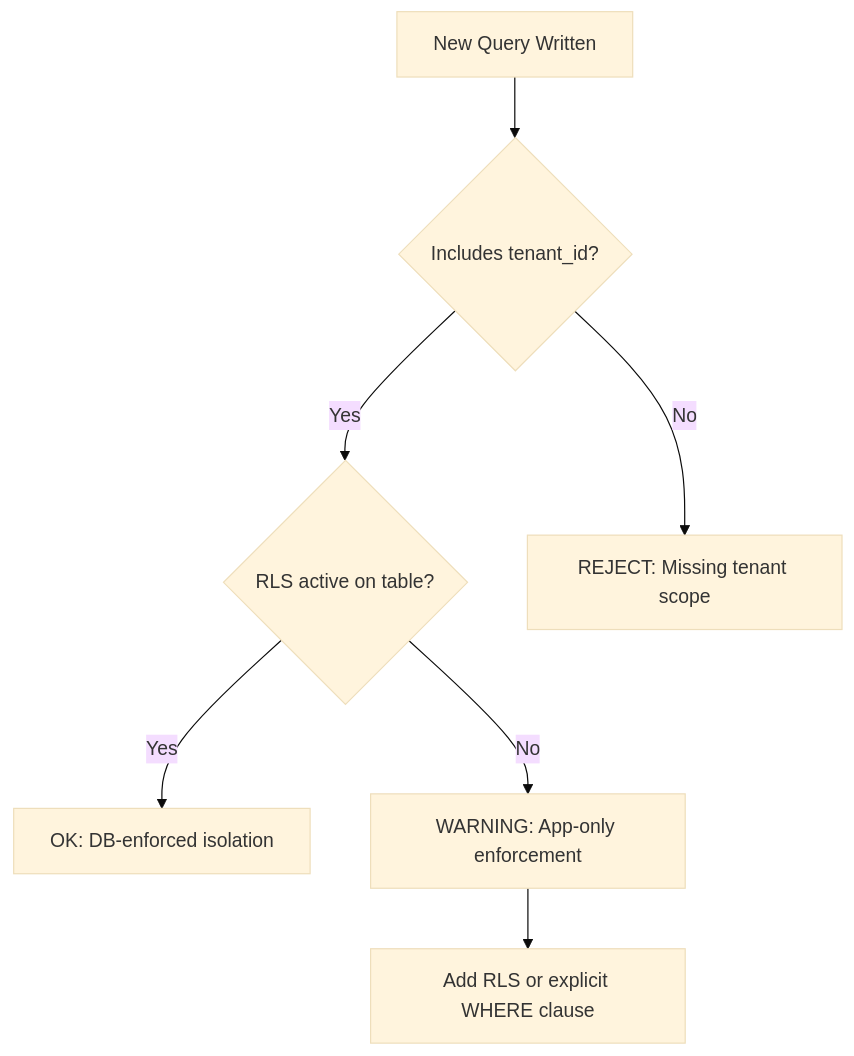
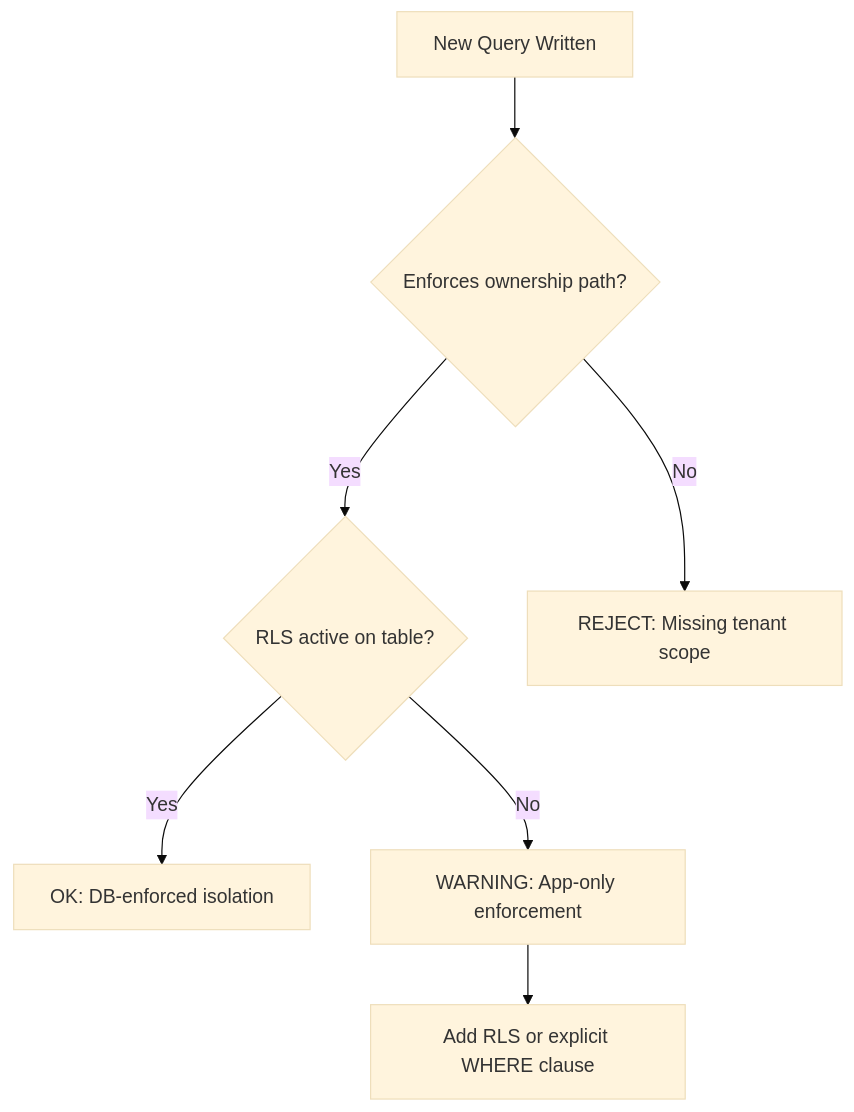
One commit to julien-m/ai-ressources changed the seventh of 7 diagrams in architecture/multi-tenant.md. Above: the diagram before and after it, drawn with Mermaid (base theme). The commit also changed other lines of this file and 9 other files, not shown here.

````diff
--- a/architecture/multi-tenant.md
+++ b/architecture/multi-tenant.md
@@ -256,9 +256,9 @@
 ```mermaid
 flowchart TD
-    A[New Query Written] --> B{Includes tenant_id?}
+    A[New Query Written] --> B{Enforces ownership path?}
     B -->|Yes| C{RLS active on table?}
     B -->|No| D[REJECT: Missing tenant scope]
     C -->|Yes| E[OK: DB-enforced isolation]
     C -->|No| F[WARNING: App-only enforcement]
     F --> G[Add RLS or explicit WHERE clause]
 ```
````
